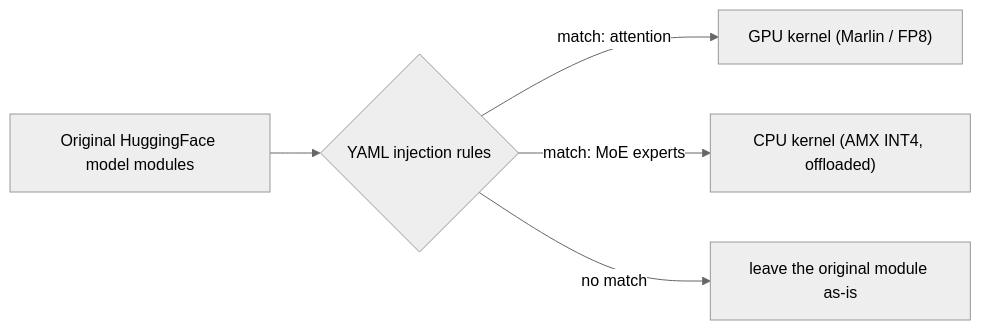
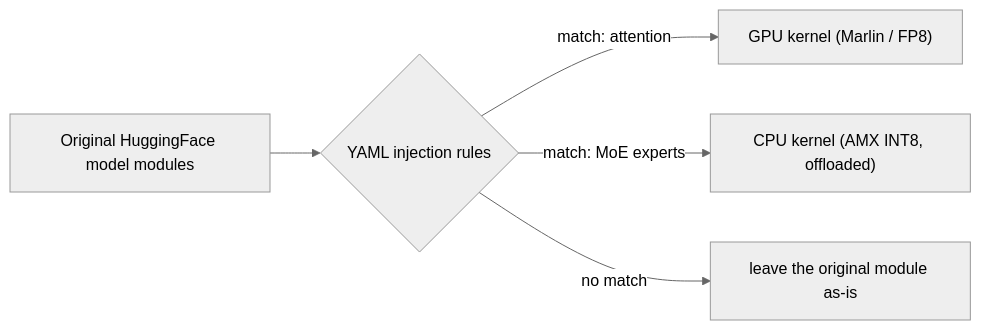
Before and after one commit to wilsonwu-ai/inference-engineering: the fifth of 5 diagrams in ktransformers-eli5.md, drawn with Mermaid (neutral theme). The commit also changed other lines of this file, not shown here.

Commit message:
Fix: Intel AMX does INT8 (not INT4) matmul; 4-bit experts are dequantized to INT8

````diff
--- a/ktransformers-eli5.md
+++ b/ktransformers-eli5.md
@@ -86,7 +86,7 @@
 ```mermaid
 flowchart LR
     M["Original HuggingFace model modules"] --> RULE{"YAML injection rules"}
     RULE -->|"match: attention"| K1["GPU kernel (Marlin / FP8)"]
-    RULE -->|"match: MoE experts"| K2["CPU kernel (AMX INT4, offloaded)"]
+    RULE -->|"match: MoE experts"| K2["CPU kernel (AMX INT8, offloaded)"]
     RULE -->|"no match"| K3["leave the original module as-is"]
 ```
````
